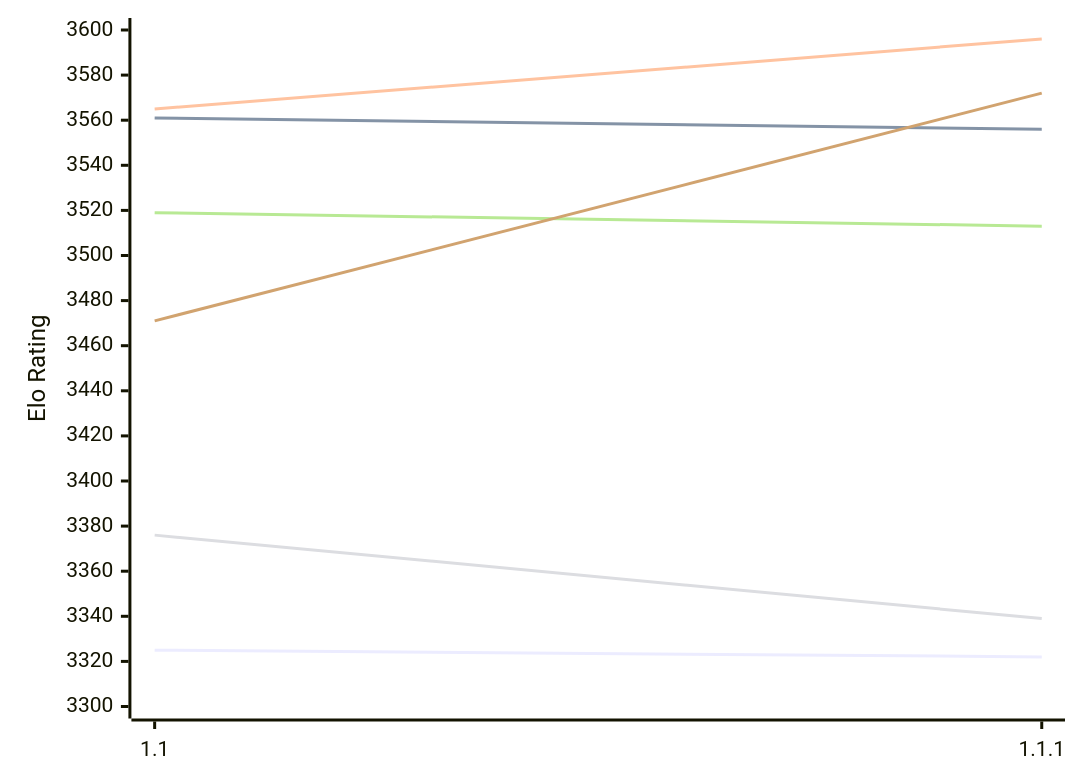
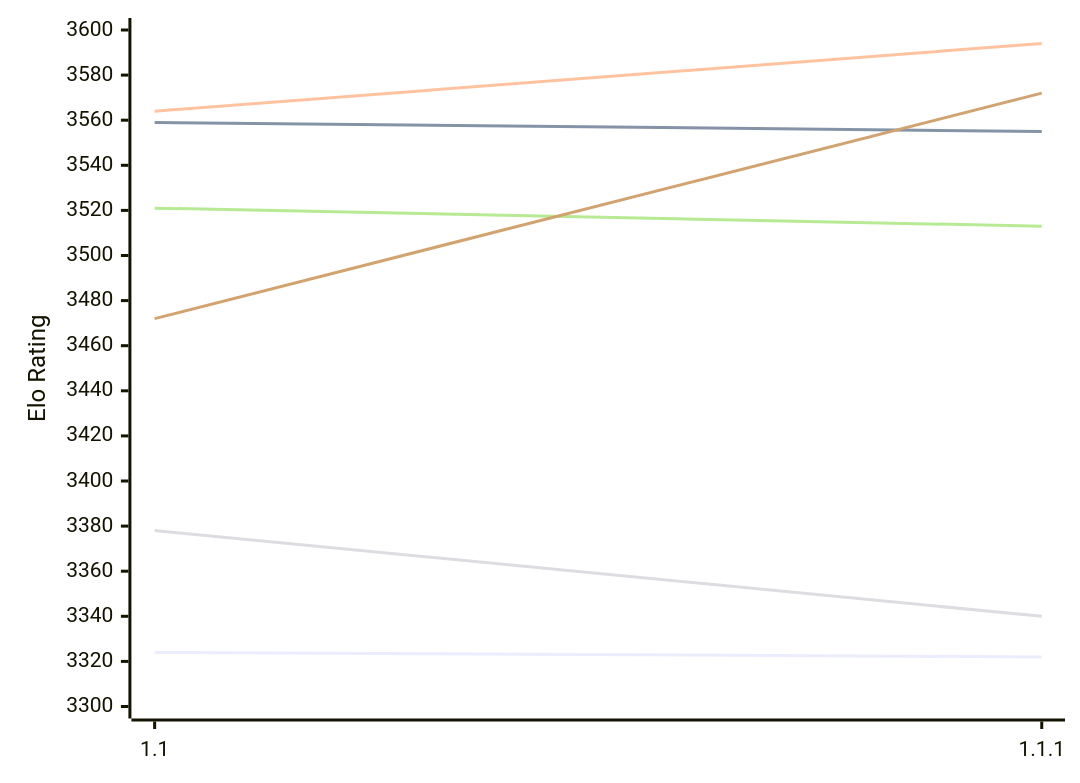
One commit to computer-chess-index/cci changed the first of 2 diagrams in engines/Icarus.md. Above: the diagram before and after it, drawn with Mermaid. The commit also changed other lines of this file, not shown here.

Commit message:
Update CCI Ratings (ELO VLTC) - 2026-11-27

````diff
--- a/engines/Icarus.md
+++ b/engines/Icarus.md
@@ -51,12 +51,12 @@
 ```mermaid
 %%{init: {"theme":"base","themeVariables":{"seriesColors:['#a3a3a3','#222221','#faa371']}}}%%
 xychart-beta
   x-axis ["1.1", "1.1.1"]
   y-axis "Elo Rating" 3300 --> 3600
-  line "E1: STC (8.0+0.08s)" [3325, 3322]
-  line "E1: LTC (60.0+0.60s)" [3561, 3556]
-  line "E1: VLTC (2m24s+1.12s)" [3565, 3596]
-  line "P1: STC (8.0+0.08s)" [3376, 3339]
-  line "P1: LTC (60.0+0.60s)" [3519, 3513]
-  line "P1: VLTC (2m24s+1.12s)" [3471, 3572]
+  line "E1: STC (8.0+0.08s)" [3324, 3322]
+  line "E1: LTC (60.0+0.60s)" [3559, 3555]
+  line "E1: VLTC (2m24s+1.12s)" [3564, 3594]
+  line "P1: STC (8.0+0.08s)" [3378, 3340]
+  line "P1: LTC (60.0+0.60s)" [3521, 3513]
+  line "P1: VLTC (2m24s+1.12s)" [3472, 3572]
 ```
````
